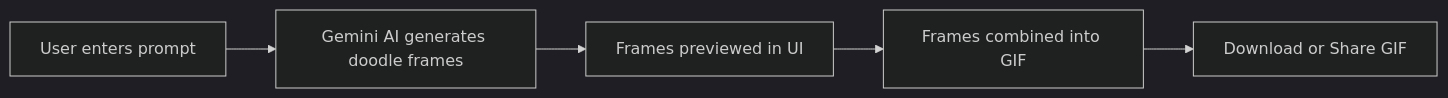
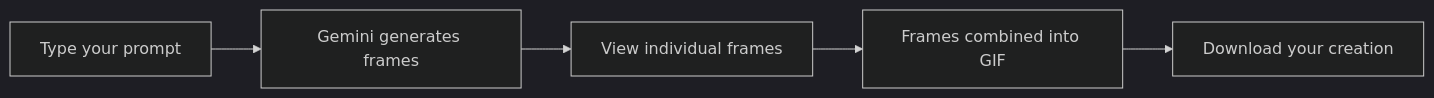
Before and after one commit to yxshee/gifmaker: the diagram in README.md, drawn with Mermaid (dark theme). The commit also changed other lines of this file, not shown here.

````diff
--- a/README.md
+++ b/README.md
@@ -44,7 +51,7 @@
 ```mermaid
 flowchart LR
-    A[User enters prompt] --> B[Gemini AI generates doodle frames]
-    B --> C[Frames previewed in UI]
+    A[Type your prompt] --> B[Gemini generates frames]
+    B --> C[View individual frames]
     C --> D[Frames combined into GIF]
-    D --> E[Download or Share GIF]
+    D --> E[Download your creation]
 ```
````
